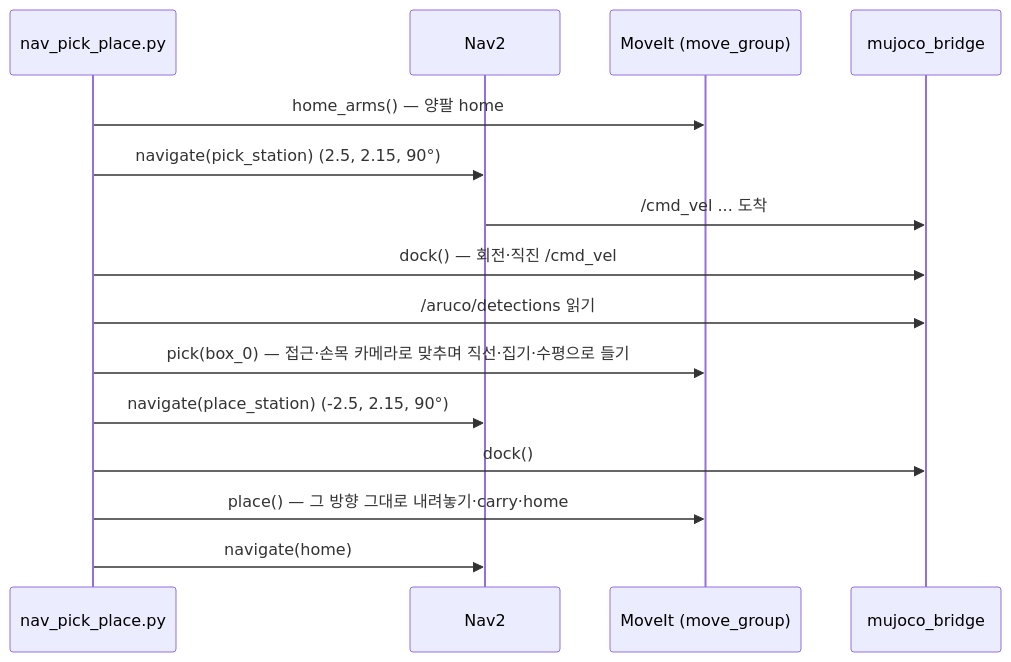
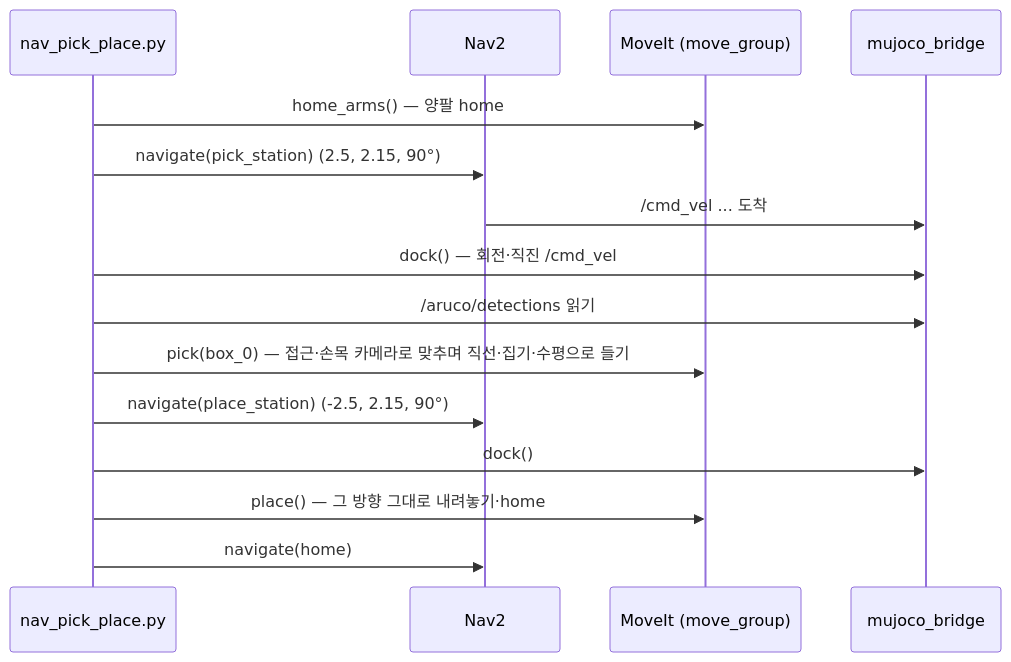
One commit to aha645/openarms_llm_ex changed the diagram in doc/wheel/day2-03-nav-pick-place.md. Above: the diagram before and after it, drawn with Mermaid. The commit also changed 2 other files, not shown here.

Commit message:
바퀴형: 상자를 놓은 뒤 carry(가슴 쪽)를 거치지 않고 바로 home (방금 놓은 상자도 장애물로 두고 MoveIt 한 번에, 이족과 같음)

````diff
--- a/doc/wheel/day2-03-nav-pick-place.md
+++ b/doc/wheel/day2-03-nav-pick-place.md
@@ -45,17 +45,17 @@
 ```mermaid
 sequenceDiagram
   participant P as nav_pick_place.py
   participant N as Nav2
   participant M as MoveIt (move_group)
   participant B as mujoco_bridge
   P->>M: home_arms() — 양팔 home
   P->>N: navigate(pick_station) (2.5, 2.15, 90°)
   N->>B: /cmd_vel ... 도착
   P->>B: dock() — 회전·직진 /cmd_vel
   P->>B: /aruco/detections 읽기
   P->>M: pick(box_0) — 접근·손목 카메라로 맞추며 직선·집기·수평으로 들기
   P->>N: navigate(place_station) (-2.5, 2.15, 90°)
   P->>B: dock()
-  P->>M: place() — 그 방향 그대로 내려놓기·carry·home
+  P->>M: place() — 그 방향 그대로 내려놓기·home
   P->>N: navigate(home)
 ```
````
